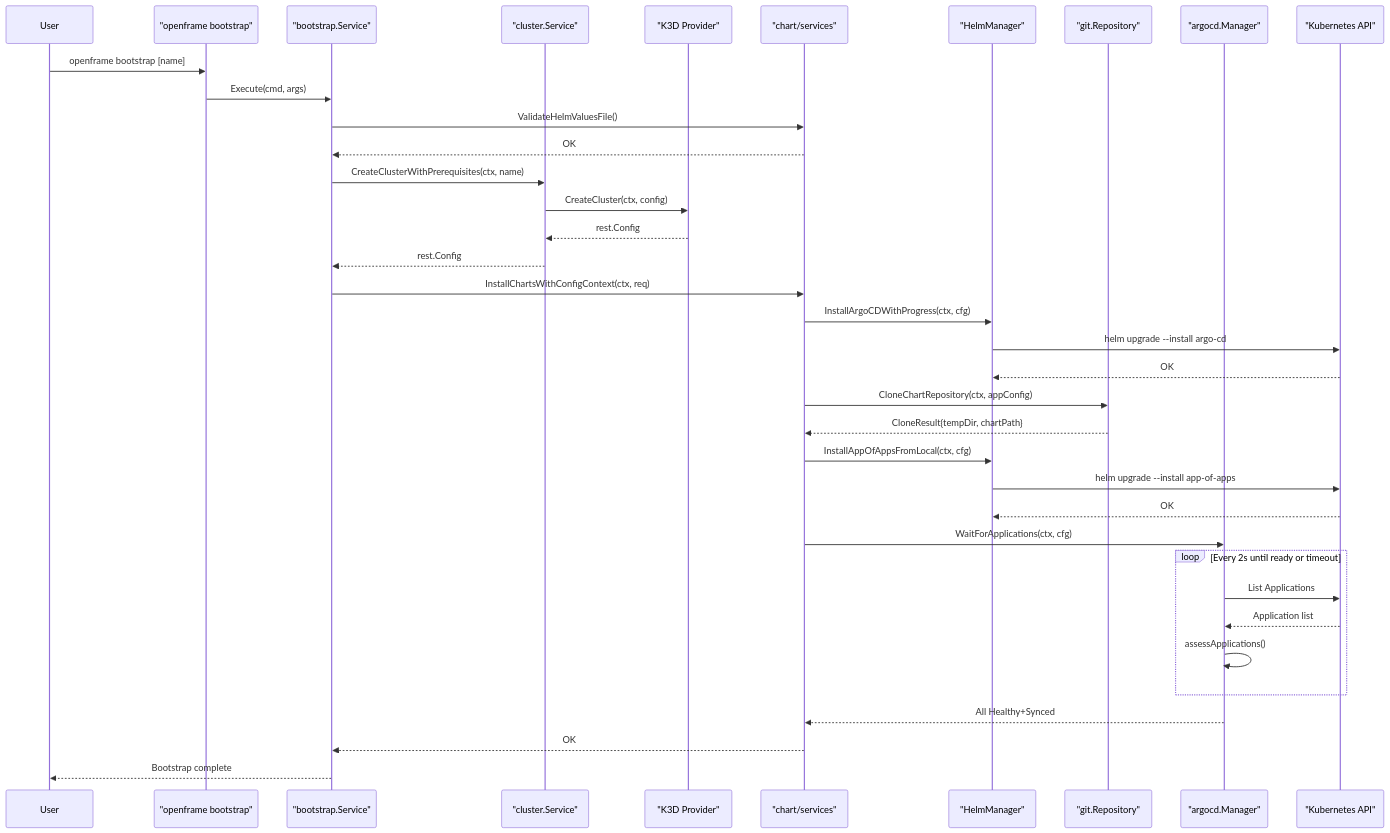
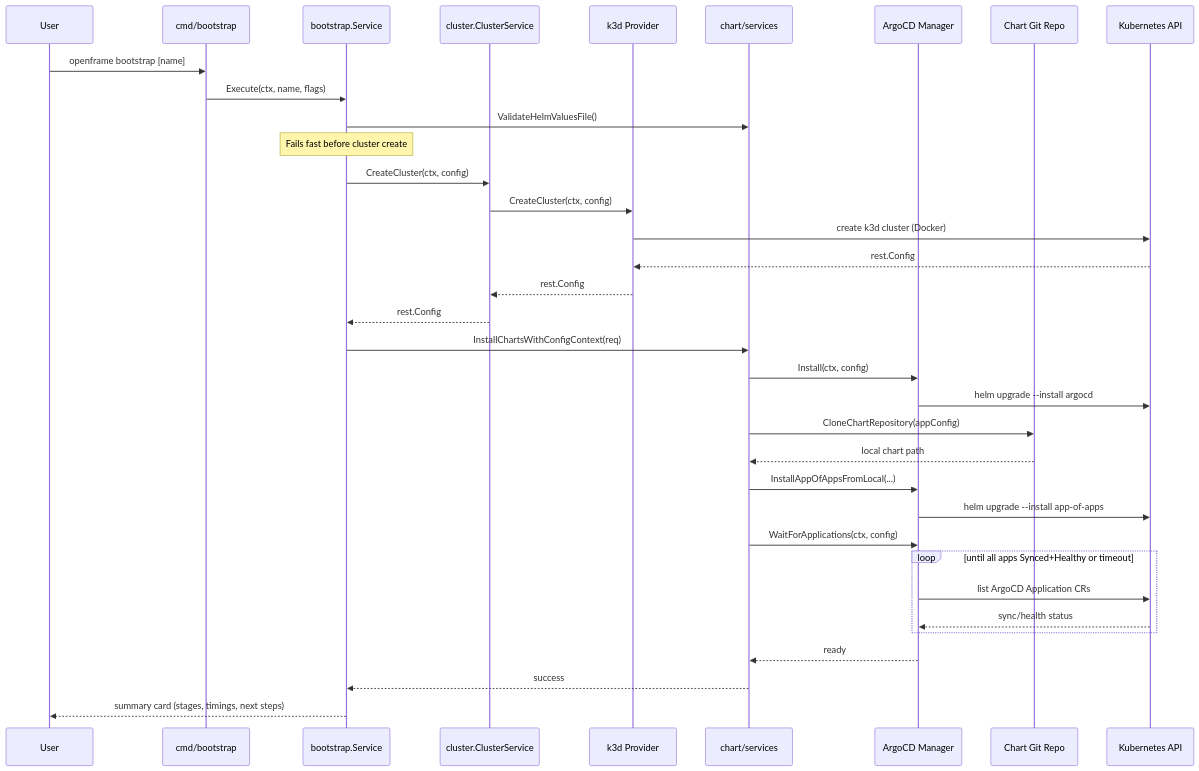
The third of 3 diagrams in docs/development/architecture/README.md (flamingo-stack/openframe-cli), drawn with Mermaid before and after one commit. The commit also changed other lines of this file and 9 other files, not shown here.

````diff
--- a/docs/development/architecture/README.md
+++ b/docs/development/architecture/README.md
@@ -117,46 +162,39 @@
 ```mermaid
 sequenceDiagram
     participant User
-    participant CLI as "openframe bootstrap"
-    participant BSvc as "bootstrap.Service"
-    participant CSvc as "cluster.Service"
-    participant K3D as "K3D Provider"
-    participant ChSvc as "chart/services"
-    participant Helm as "HelmManager"
-    participant Git as "git.Repository"
-    participant ArgoCD as "argocd.Manager"
-    participant K8s as "Kubernetes API"
+    participant CmdBootstrap as cmd/bootstrap
+    participant BootstrapSvc as bootstrap.Service
+    participant ClusterSvc as cluster.ClusterService
+    participant K3dProvider as k3d Provider
+    participant ChartSvc as chart/services
+    participant ArgoCD as ArgoCD Manager
+    participant GitRepo as Chart Git Repo
+    participant K8sAPI as Kubernetes API
 
-    User->>CLI: openframe bootstrap [name]
-    CLI->>BSvc: Execute(cmd, args)
-    BSvc->>ChSvc: ValidateHelmValuesFile()
-    ChSvc-->>BSvc: OK
+    User->>CmdBootstrap: openframe bootstrap [name]
+    CmdBootstrap->>BootstrapSvc: Execute(ctx, name, flags)
+    BootstrapSvc->>ChartSvc: ValidateHelmValuesFile()
+    Note over BootstrapSvc: Fails fast before cluster create
+    BootstrapSvc->>ClusterSvc: CreateCluster(ctx, config)
+    ClusterSvc->>K3dProvider: CreateCluster(ctx, config)
+    K3dProvider->>K8sAPI: create k3d cluster (Docker)
+    K8sAPI-->>K3dProvider: rest.Config
+    K3dProvider-->>ClusterSvc: rest.Config
+    ClusterSvc-->>BootstrapSvc: rest.Config
 
-    BSvc->>CSvc: CreateClusterWithPrerequisites(ctx, name)
-    CSvc->>K3D: CreateCluster(ctx, config)
-    K3D-->>CSvc: rest.Config
-    CSvc-->>BSvc: rest.Config
-
-    BSvc->>ChSvc: InstallChartsWithConfigContext(ctx, req)
-    ChSvc->>Helm: InstallArgoCDWithProgress(ctx, cfg)
-    Helm->>K8s: helm upgrade --install argo-cd
-    K8s-->>Helm: OK
-
-    ChSvc->>Git: CloneChartRepository(ctx, appConfig)
-    Git-->>ChSvc: CloneResult{tempDir, chartPath}
-
-    ChSvc->>Helm: InstallAppOfAppsFromLocal(ctx, cfg)
-    Helm->>K8s: helm upgrade --install app-of-apps
-    K8s-->>Helm: OK
-
-    ChSvc->>ArgoCD: WaitForApplications(ctx, cfg)
-    loop Every 2s until ready or timeout
-        ArgoCD->>K8s: List Applications
-        K8s-->>ArgoCD: Application list
-        ArgoCD->>ArgoCD: assessApplications()
+    BootstrapSvc->>ChartSvc: InstallChartsWithConfigContext(req)
+    ChartSvc->>ArgoCD: Install(ctx, config)
+    ArgoCD->>K8sAPI: helm upgrade --install argocd
+    ChartSvc->>GitRepo: CloneChartRepository(appConfig)
+    GitRepo-->>ChartSvc: local chart path
+    ChartSvc->>ArgoCD: InstallAppOfAppsFromLocal(...)
+    ArgoCD->>K8sAPI: helm upgrade --install app-of-apps
+    ChartSvc->>ArgoCD: WaitForApplications(ctx, config)
+    loop until all apps Synced+Healthy or timeout
+        ArgoCD->>K8sAPI: list ArgoCD Application CRs
+        K8sAPI-->>ArgoCD: sync/health status
     end
-    ArgoCD-->>ChSvc: All Healthy+Synced
-
-    ChSvc-->>BSvc: OK
-    BSvc-->>User: Bootstrap complete
+    ArgoCD-->>ChartSvc: ready
+    ChartSvc-->>BootstrapSvc: success
+    BootstrapSvc-->>User: summary card (stages, timings, next steps)
 ```
````
